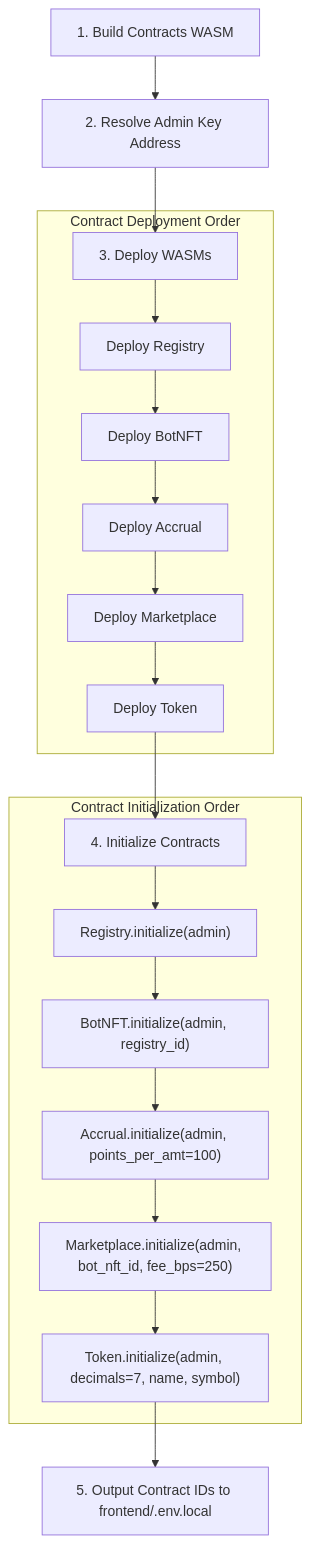
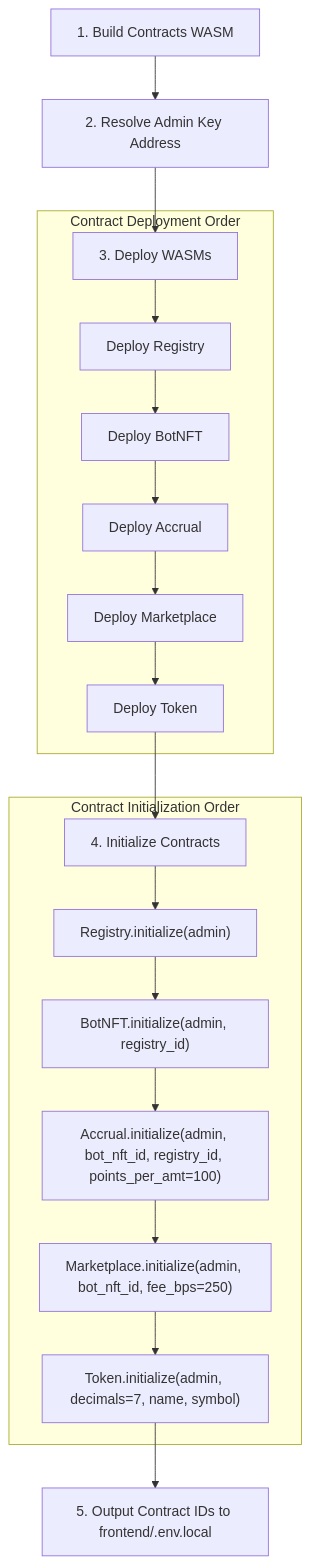
The third of 3 diagrams in docs/ARCHITECTURE.md (ada-nwali/AutoMint), drawn with Mermaid before and after one commit. The commit also changed other lines of this file and 18 other files, not shown here.

First line of the commit message:
fix(accrual, marketplace): registry-gated accrual, full state projection, mint coverage, list_bot ownership errors

````diff
--- a/docs/ARCHITECTURE.md
+++ b/docs/ARCHITECTURE.md
@@ -285,25 +285,25 @@
 ```mermaid
 flowchart TD
     Step1[1. Build Contracts WASM] --> Step2[2. Resolve Admin Key Address]
     Step2 --> Step3[3. Deploy WASMs]
     
     subgraph Contract Deployment Order
         Step3 --> D1[Deploy Registry]
         D1 --> D2[Deploy BotNFT]
         D2 --> D3[Deploy Accrual]
         D3 --> D4[Deploy Marketplace]
         D4 --> D5[Deploy Token]
     end
 
     D5 --> Step4[4. Initialize Contracts]
 
     subgraph Contract Initialization Order
         Step4 --> I1["Registry.initialize(admin)"]
         I1 --> I2["BotNFT.initialize(admin, registry_id)"]
-        I2 --> I3["Accrual.initialize(admin, points_per_amt=100)"]
+        I2 --> I3["Accrual.initialize(admin, bot_nft_id, registry_id, points_per_amt=100)"]
         I3 --> I4["Marketplace.initialize(admin, bot_nft_id, fee_bps=250)"]
         I4 --> I5["Token.initialize(admin, decimals=7, name, symbol)"]
     end
 
     I5 --> Step5[5. Output Contract IDs to frontend/.env.local]
 ```
````
